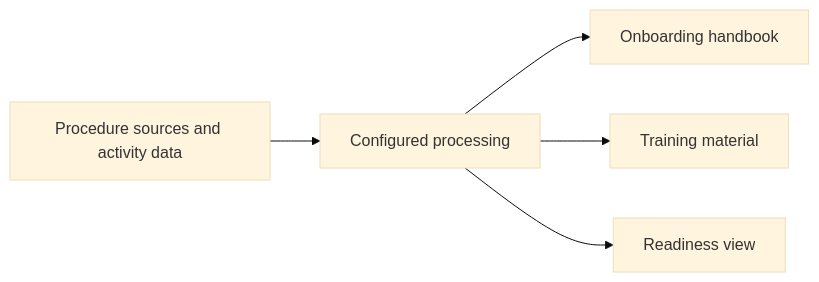
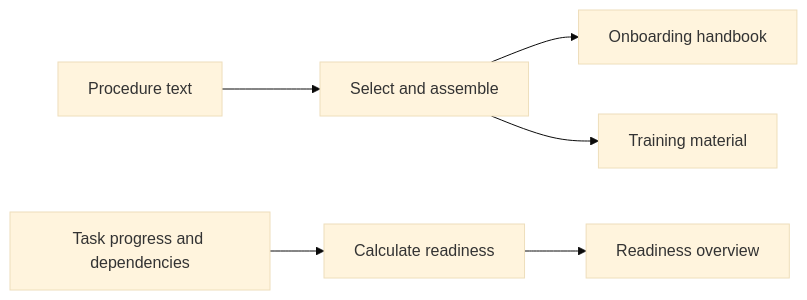
The second of 2 diagrams in docs/01-introduction.md (And-Gu/document-as-code-lab), drawn with Mermaid (base theme) before and after one commit. The commit also changed other lines of this file and 1 other file, not shown here.

Commit message:
Clarify procedures, task progress, and readiness in chapter one

````diff
--- a/docs/01-introduction.md
+++ b/docs/01-introduction.md
@@ -64,7 +68,8 @@
 ```mermaid
 flowchart LR
- S[Procedure sources and activity data] --> P[Configured processing]
- P --> H[Onboarding handbook]
- P --> T[Training material]
- P --> D[Readiness view]
+ P[Procedure text] --> R[Select and assemble]
+ R --> H[Onboarding handbook]
+ R --> T[Training material]
+ A[Task progress and dependencies] --> C[Calculate readiness]
+ C --> V[Readiness overview]
 ```
````
